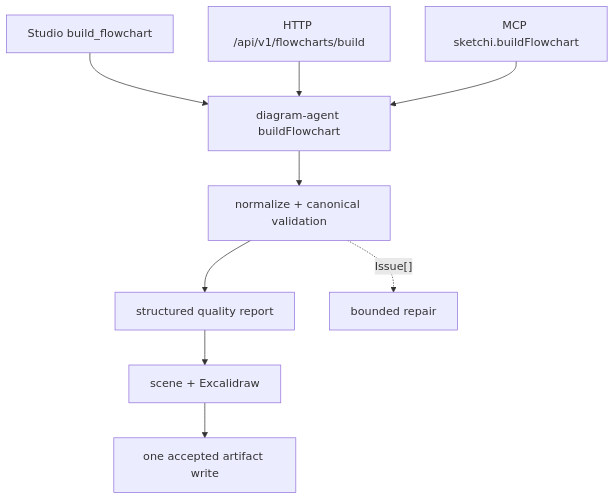
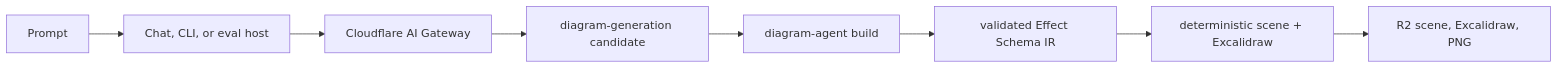
One commit to shpitdev/sketchi changed the diagram in docs/agentic-generation.md. Above: the diagram before and after it, drawn with Mermaid. The commit also changed other lines of this file and 24 other files, not shown here.

````diff
--- a/docs/agentic-generation.md
+++ b/docs/agentic-generation.md
@@ -158,11 +12,10 @@
 ```mermaid
-flowchart TD
-  Studio["Studio build_flowchart"] --> Build["diagram-agent buildFlowchart"]
-  Http["HTTP /api/v1/flowcharts/build"] --> Build
-  Mcp["MCP sketchi.buildFlowchart"] --> Build
-  Build --> Validate["normalize + canonical validation"]
-  Validate --> Quality["structured quality report"]
-  Quality --> Render["scene + Excalidraw"]
-  Render --> Store["one accepted artifact write"]
-  Validate -. "Issue[]" .-> Repair["bounded repair"]
+flowchart LR
+  Prompt["Prompt"] --> Host["Chat, CLI, or eval host"]
+  Host --> Gateway["Cloudflare AI Gateway"]
+  Gateway --> Candidate["diagram-generation candidate"]
+  Candidate --> Build["diagram-agent build"]
+  Build --> IR["validated Effect Schema IR"]
+  IR --> Scene["deterministic scene + Excalidraw"]
+  Scene --> Artifact["R2 scene, Excalidraw, PNG"]
 ```
````
